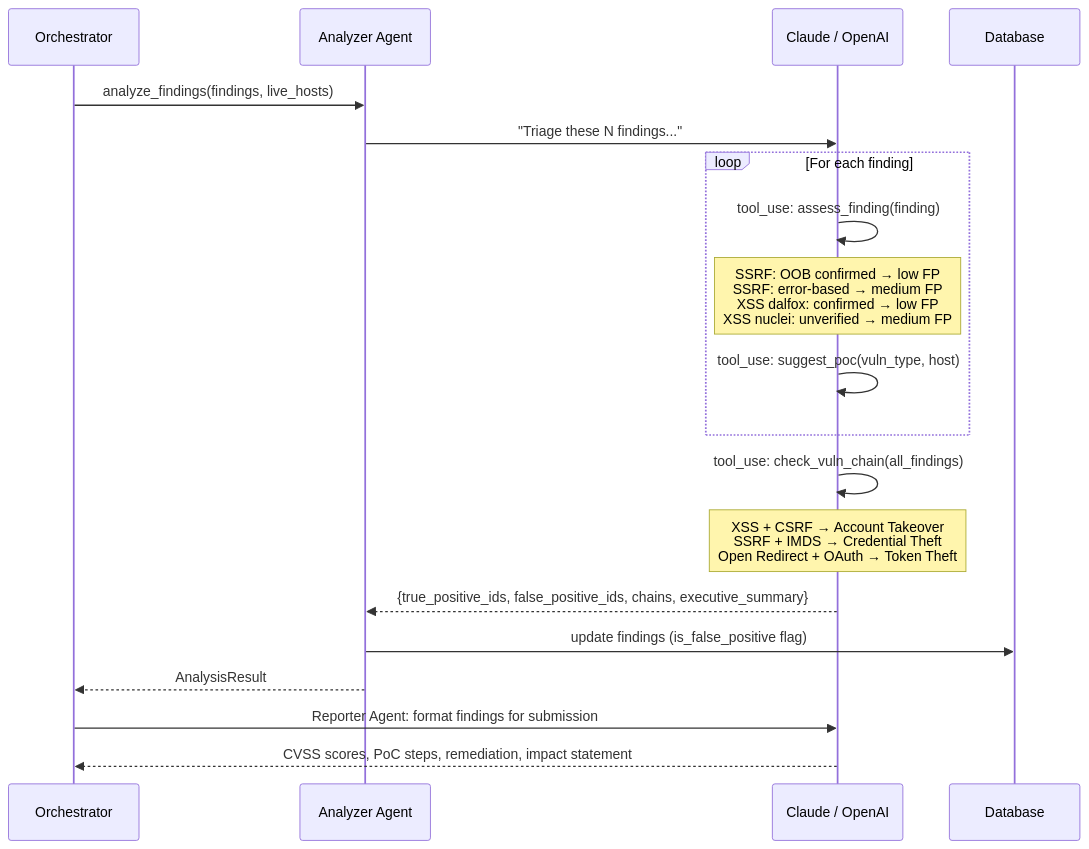
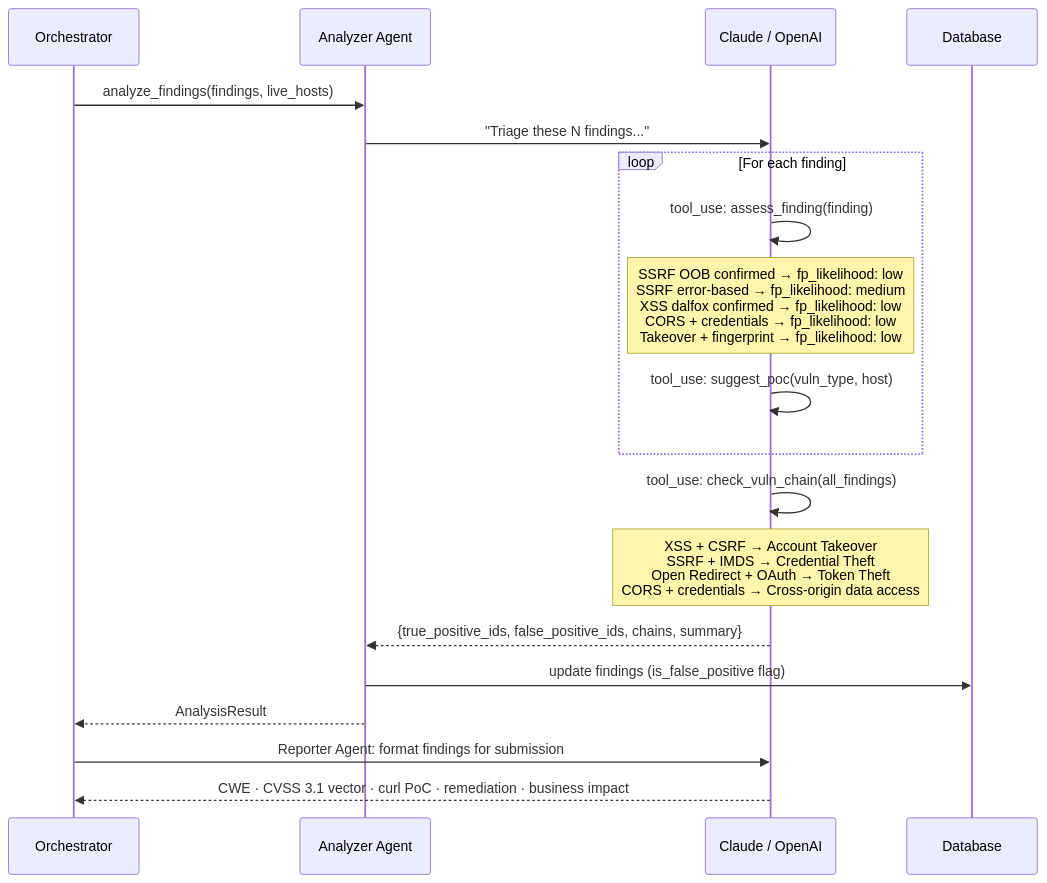
The tenth of 11 diagrams in README.md (chegelawrence/liminal), drawn with Mermaid before and after one commit. The commit also changed other lines of this file and 14 other files, not shown here.

````diff
--- a/README.md
+++ b/README.md
@@ -308,23 +539,23 @@
 ```mermaid
 sequenceDiagram
     participant O as Orchestrator
     participant A as Analyzer Agent
     participant LLM as Claude / OpenAI
     participant DB as Database
 
     O->>A: analyze_findings(findings, live_hosts)
     A->>LLM: "Triage these N findings..."
     loop For each finding
         LLM->>LLM: tool_use: assess_finding(finding)
-        Note over LLM: SSRF: OOB confirmed → low FP<br/>SSRF: error-based → medium FP<br/>XSS dalfox: confirmed → low FP<br/>XSS nuclei: unverified → medium FP
+        Note over LLM: SSRF OOB confirmed → fp_likelihood: low<br/>SSRF error-based → fp_likelihood: medium<br/>XSS dalfox confirmed → fp_likelihood: low<br/>CORS + credentials → fp_likelihood: low<br/>Takeover + fingerprint → fp_likelihood: low
         LLM->>LLM: tool_use: suggest_poc(vuln_type, host)
     end
     LLM->>LLM: tool_use: check_vuln_chain(all_findings)
-    Note over LLM: XSS + CSRF → Account Takeover<br/>SSRF + IMDS → Credential Theft<br/>Open Redirect + OAuth → Token Theft
-    LLM-->>A: {true_positive_ids, false_positive_ids, chains, executive_summary}
+    Note over LLM: XSS + CSRF → Account Takeover<br/>SSRF + IMDS → Credential Theft<br/>Open Redirect + OAuth → Token Theft<br/>CORS + credentials → Cross-origin data access
+    LLM-->>A: {true_positive_ids, false_positive_ids, chains, summary}
     A->>DB: update findings (is_false_positive flag)
     A-->>O: AnalysisResult
 
     O->>LLM: Reporter Agent: format findings for submission
-    LLM-->>O: CVSS scores, PoC steps, remediation, impact statement
+    LLM-->>O: CWE · CVSS 3.1 vector · curl PoC · remediation · business impact
 ```
````
